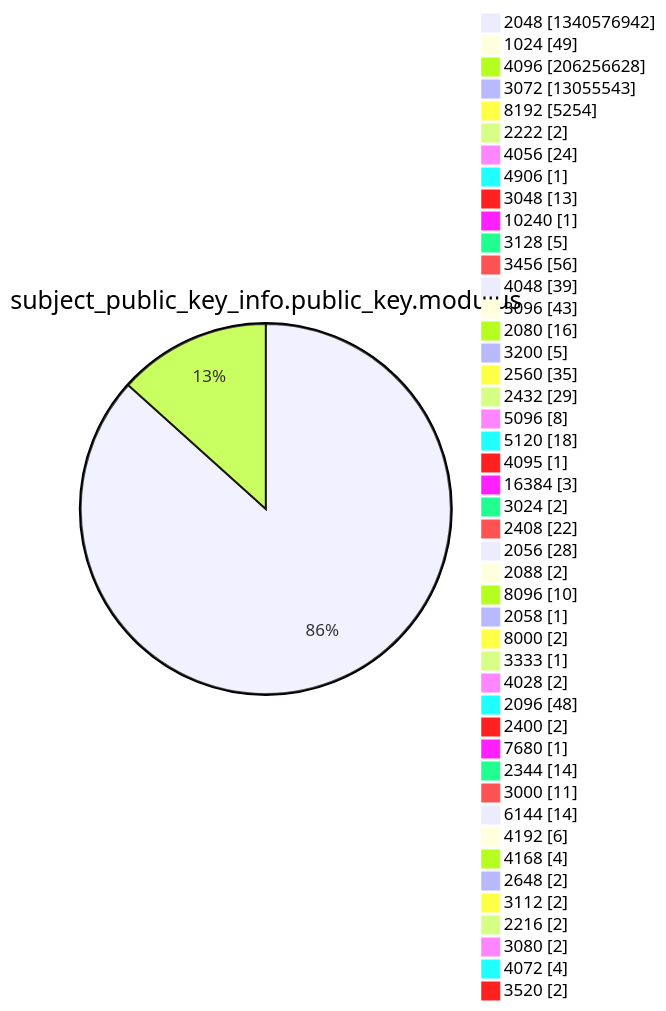
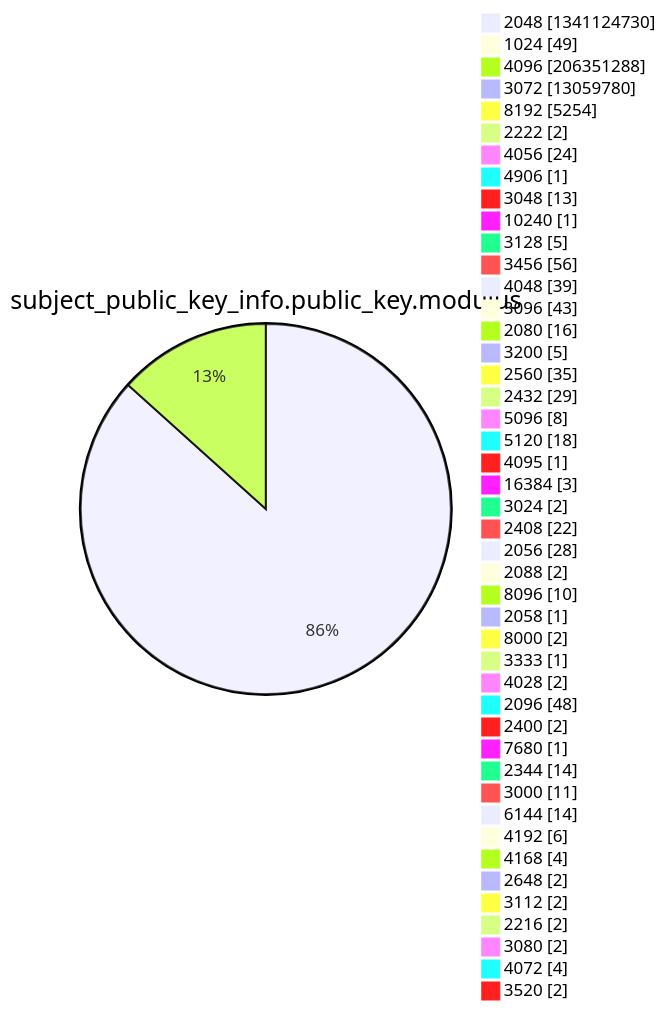
One commit to christiankrug/ctmonitor_visualization changed diagram 13 of 15 in xenon2022/README.md. Above: the diagram before and after it, drawn with Mermaid. The commit also changed other lines of this file, not shown here.

````diff
--- a/xenon2022/README.md
+++ b/xenon2022/README.md
@@ -3927,49 +3927,49 @@
 ```mermaid
 pie showData
 title subject_public_key_info.public_key.modulus
-"2048" :1340576942
+"2048" :1341124730
 "1024" :49
-"4096" :206256628
-"3072" :13055543
+"4096" :206351288
+"3072" :13059780
 "8192" :5254
 "2222" :2
 "4056" :24
 "4906" :1
 "3048" :13
 "10240" :1
 "3128" :5
 "3456" :56
 "4048" :39
 "3096" :43
 "2080" :16
 "3200" :5
 "2560" :35
 "2432" :29
 "5096" :8
 "5120" :18
 "4095" :1
 "16384" :3
 "3024" :2
 "2408" :22
 "2056" :28
 "2088" :2
 "8096" :10
 "2058" :1
 "8000" :2
 "3333" :1
 "4028" :2
 "2096" :48
 "2400" :2
 "7680" :1
 "2344" :14
 "3000" :11
 "6144" :14
 "4192" :6
 "4168" :4
 "2648" :2
 "3112" :2
 "2216" :2
 "3080" :2
 "4072" :4
 "3520" :2
 ```
````
